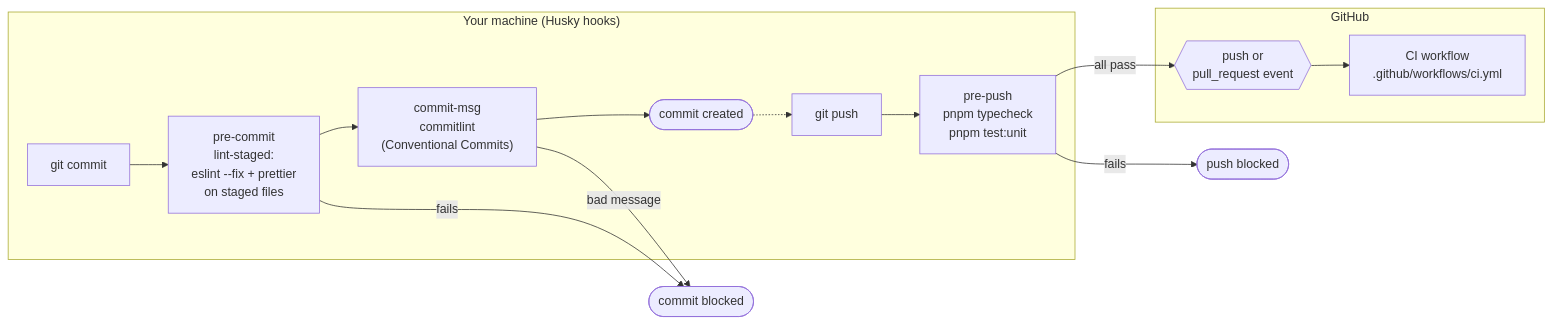
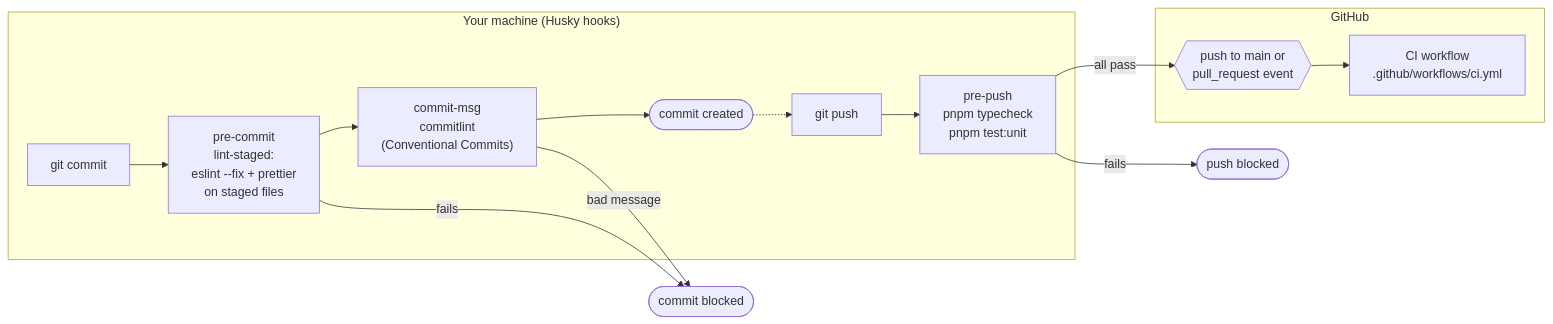
Before and after one commit to jvswatson/location-search: the first of 3 diagrams in docs/CI.md, drawn with Mermaid. The commit also changed other lines of this file and 2 other files, not shown here.

First line of the commit message:
ci: run push builds on main only to avoid duplicate PR runs

````diff
--- a/docs/CI.md
+++ b/docs/CI.md
@@ -11,21 +11,21 @@
 ```mermaid
 flowchart LR
   subgraph local["Your machine (Husky hooks)"]
     commit["git commit"] --> pc["pre-commit<br/>lint-staged:<br/>eslint --fix + prettier<br/>on staged files"]
     pc --> cm["commit-msg<br/>commitlint<br/>(Conventional Commits)"]
     cm --> done(["commit created"])
     push["git push"] --> pp["pre-push<br/>pnpm typecheck<br/>pnpm test:unit"]
   end
 
   subgraph gh["GitHub"]
-    ev{{"push or<br/>pull_request event"}}
+    ev{{"push to main or<br/>pull_request event"}}
     wf["CI workflow<br/>.github/workflows/ci.yml"]
   end
 
   done -.-> push
   pp -- "all pass" --> ev
   ev --> wf
   pc -- "fails" --> stop1(["commit blocked"])
   cm -- "bad message" --> stop1
   pp -- "fails" --> stop2(["push blocked"])
 ```
````
